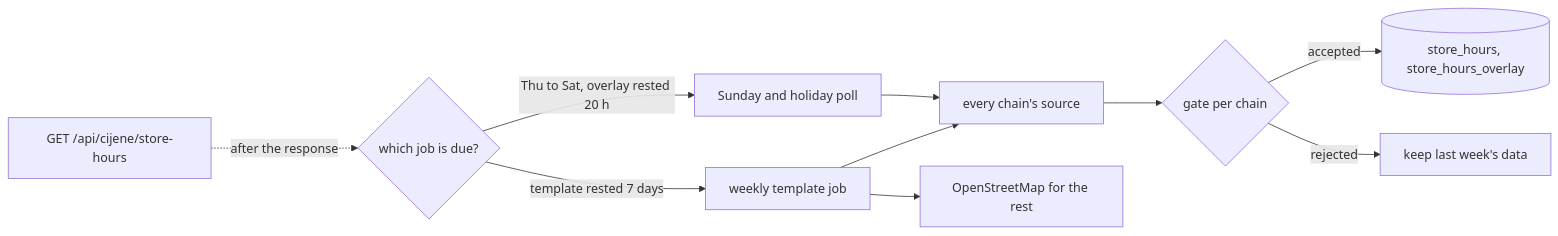
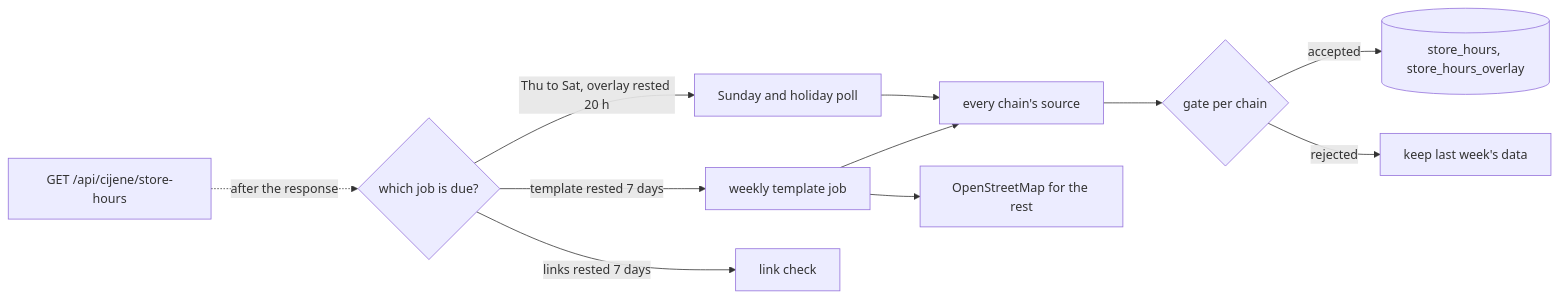
Before and after one commit to OffCrazyFreak/Disscount: the second of 2 diagrams in docs/STORE-HOURS.md, drawn with Mermaid. The commit also changed other lines of this file and 1 other file, not shown here.

First line of the commit message:
docs(map): Document the opening badges, the open now filter and the link check

````diff
--- a/docs/STORE-HOURS.md
+++ b/docs/STORE-HOURS.md
@@ -106,12 +115,13 @@
 ```mermaid
 flowchart LR
   Request[GET /api/cijene/store-hours] -.->|after the response| Due{which job is due?}
   Due -->|template rested 7 days| Template[weekly template job]
   Due -->|Thu to Sat, overlay rested 20 h| Overlay[Sunday and holiday poll]
+  Due -->|links rested 7 days| Links[link check]
   Template --> Sources[every chain's source]
   Template --> OSM[OpenStreetMap for the rest]
   Overlay --> Sources
   Sources --> Gate{gate per chain}
   Gate -->|accepted| Tables[(store_hours, store_hours_overlay)]
   Gate -->|rejected| Keep[keep last week's data]
 ```
````
